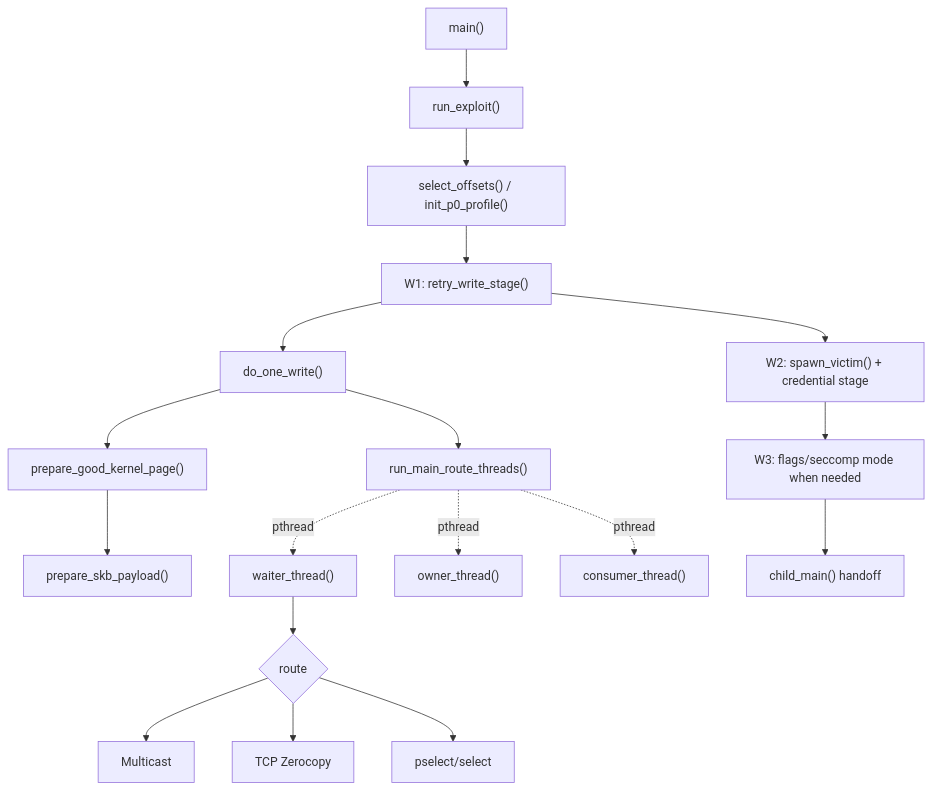
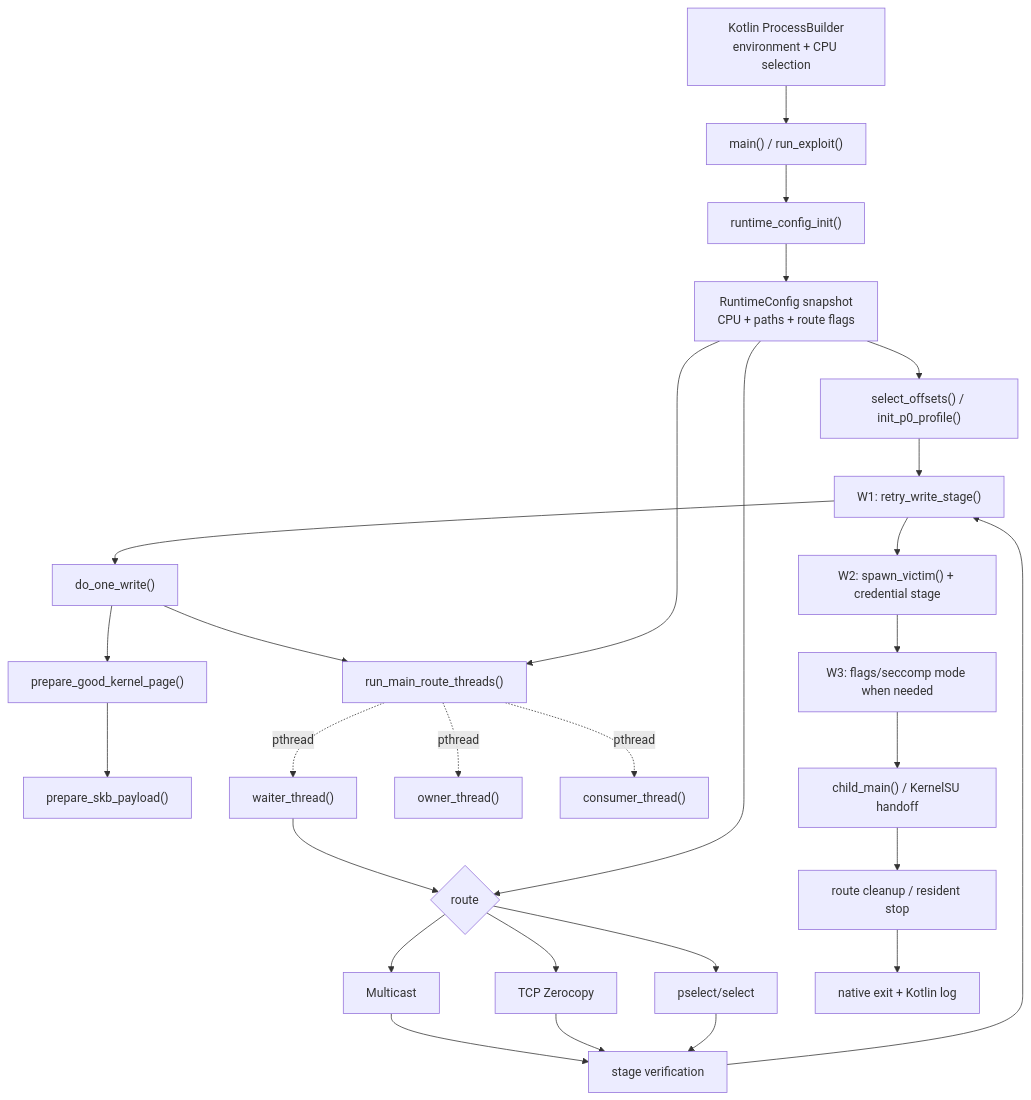
The first of 7 diagrams in analysis/routes.md (YuKongA/ghostlock-app), drawn with Mermaid before and after one commit. The commit also changed other lines of this file and 1 other file, not shown here.

Commit message:
docs(analysis): update core UML for S02

````diff
--- a/analysis/routes.md
+++ b/analysis/routes.md
@@ -7,20 +7,30 @@
 ```mermaid
 flowchart TD
-    Main["main()"] --> Run["run_exploit()"]
-    Run --> Init["select_offsets() / init_p0_profile()"]
+    Kotlin["Kotlin ProcessBuilder<br/>environment + CPU selection"] --> Main["main() / run_exploit()"]
+    Main --> Config["runtime_config_init()"]
+    Config --> Snapshot["RuntimeConfig snapshot<br/>CPU + paths + route flags"]
+    Snapshot --> Init["select_offsets() / init_p0_profile()"]
     Init --> W1["W1: retry_write_stage()"]
     W1 --> Write["do_one_write()"]
     Write --> Page["prepare_good_kernel_page()"]
     Page --> Payload["prepare_skb_payload()"]
     Write --> Race["run_main_route_threads()"]
+    Snapshot --> Race
     Race -. pthread .-> Waiter["waiter_thread()"]
     Race -. pthread .-> Owner["owner_thread()"]
     Race -. pthread .-> Consumer["consumer_thread()"]
     Waiter --> Choice{"route"}
+    Snapshot --> Choice
     Choice --> M["Multicast"]
     Choice --> T["TCP Zerocopy"]
     Choice --> P["pselect/select"]
+    M --> Verify["stage verification"]
+    T --> Verify
+    P --> Verify
+    Verify --> W1
     W1 --> W2["W2: spawn_victim() + credential stage"]
     W2 --> W3["W3: flags/seccomp mode when needed"]
-    W3 --> Root["child_main() handoff"]
+    W3 --> Root["child_main() / KernelSU handoff"]
+    Root --> Cleanup["route cleanup / resident stop"]
+    Cleanup --> Exit["native exit + Kotlin log"]
 ```
````
